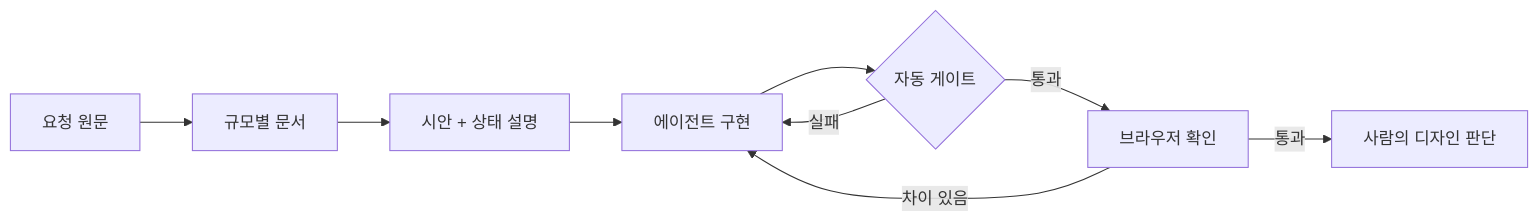
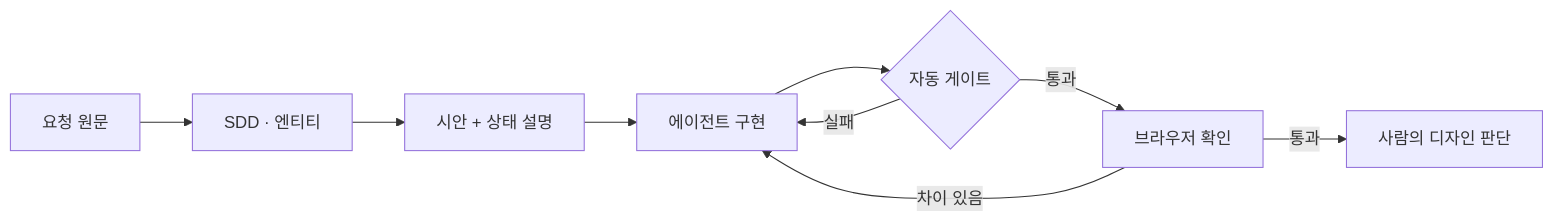
One commit to kyungchan3007/Frontend-agent changed the diagram in README.md. Above: the diagram before and after it, drawn with Mermaid. The commit also changed other lines of this file and 3 other files, not shown here.

````diff
--- a/README.md
+++ b/README.md
@@ -106,11 +104,11 @@
 ```mermaid
 flowchart LR
-    A[요청 원문] --> B[규모별 문서]
+    A[요청 원문] --> B[SDD · 엔티티]
     B --> C[시안 + 상태 설명]
     C --> D[에이전트 구현]
     D --> E{자동 게이트}
     E -- 실패 --> D
     E -- 통과 --> F[브라우저 확인]
     F -- 차이 있음 --> D
     F -- 통과 --> G[사람의 디자인 판단]
 ```
````
